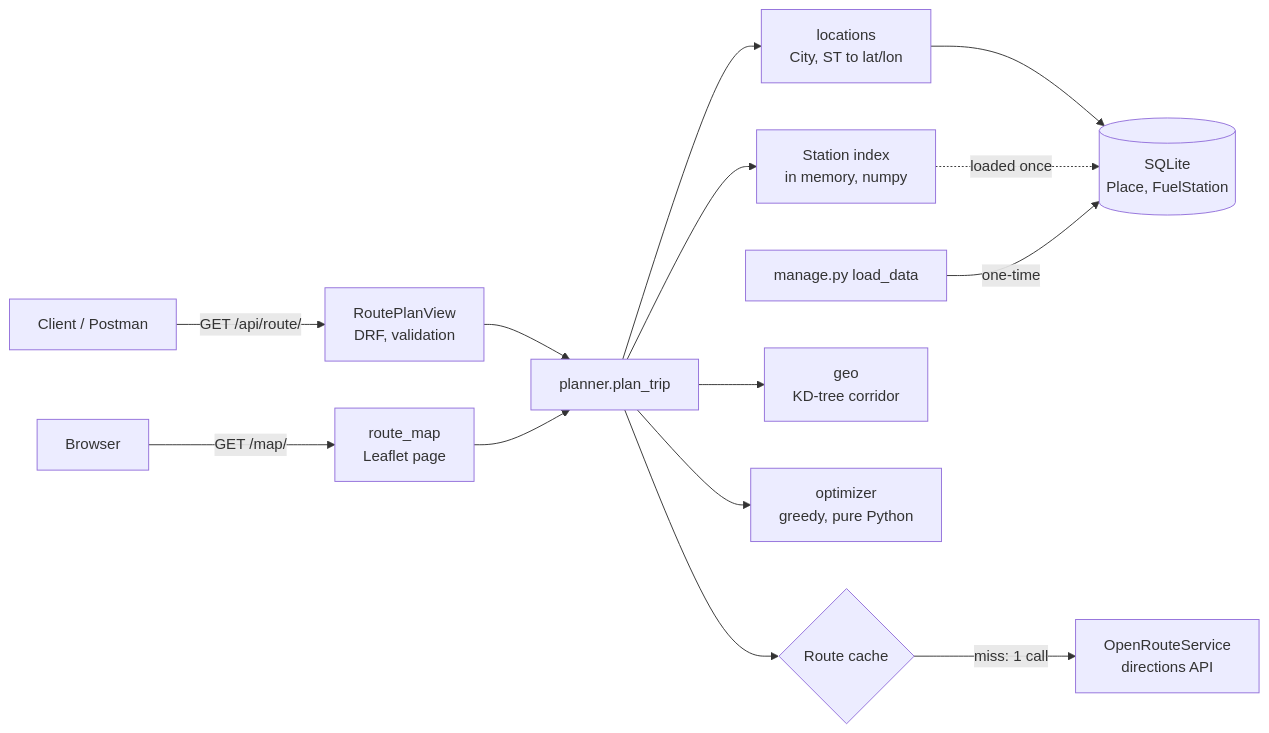
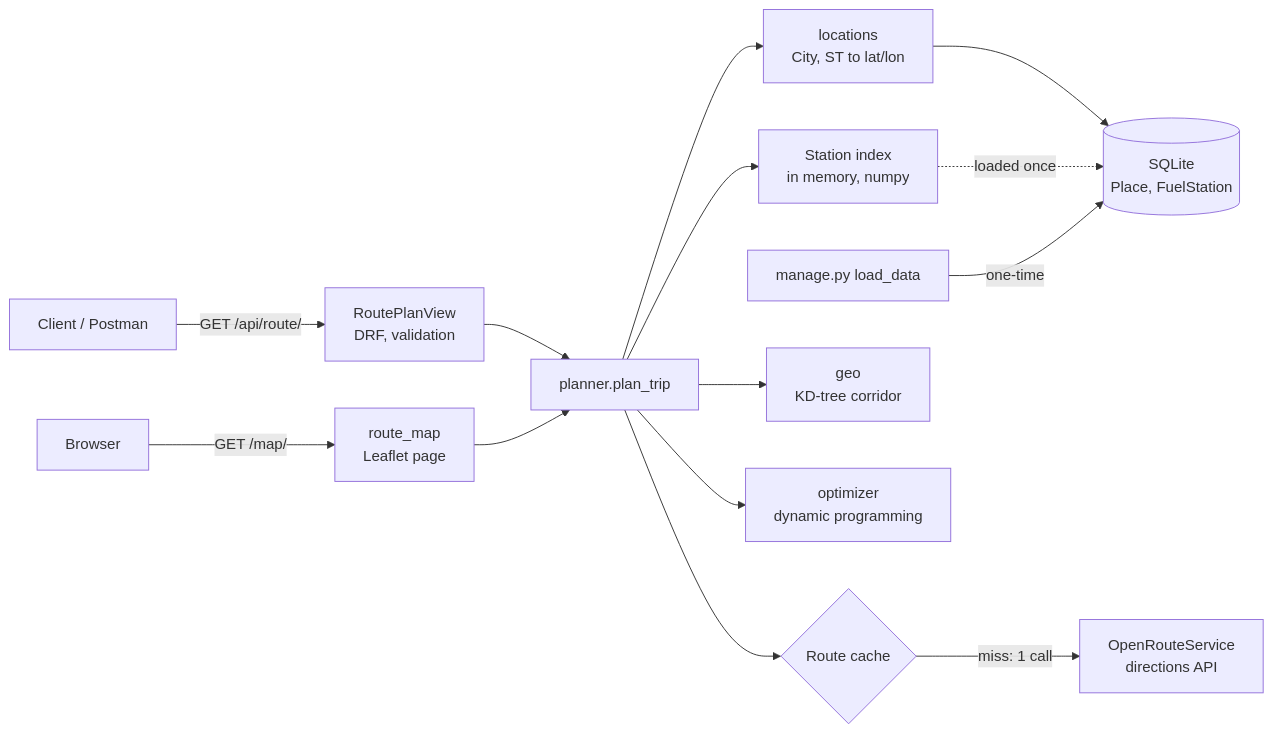
Before and after one commit to Ibrahim8781/fuel-route-optimizer: the first of 2 diagrams in docs/DESIGN.md, drawn with Mermaid. The commit also changed other lines of this file and 10 other files, not shown here.

First line of the commit message:
Optimise fuel cost plus a cost per stop with dynamic programming

````diff
--- a/docs/DESIGN.md
+++ b/docs/DESIGN.md
@@ -43,16 +43,16 @@
 ```mermaid
 flowchart LR
     C[Client / Postman] -->|GET /api/route/| V[RoutePlanView<br/>DRF, validation]
     B[Browser] -->|GET /map/| M[route_map<br/>Leaflet page]
     V --> P[planner.plan_trip]
     M --> P
     P --> L[locations<br/>City, ST to lat/lon]
     L --> DB[(SQLite<br/>Place, FuelStation)]
     P --> RC{Route cache}
     RC -->|miss: 1 call| ORS[OpenRouteService<br/>directions API]
     P --> SI[Station index<br/>in memory, numpy]
     SI -.loaded once.-> DB
     P --> G[geo<br/>KD-tree corridor]
-    P --> O[optimizer<br/>greedy, pure Python]
+    P --> O[optimizer<br/>dynamic programming]
     LD[manage.py load_data] -->|one-time| DB
 ```
````
